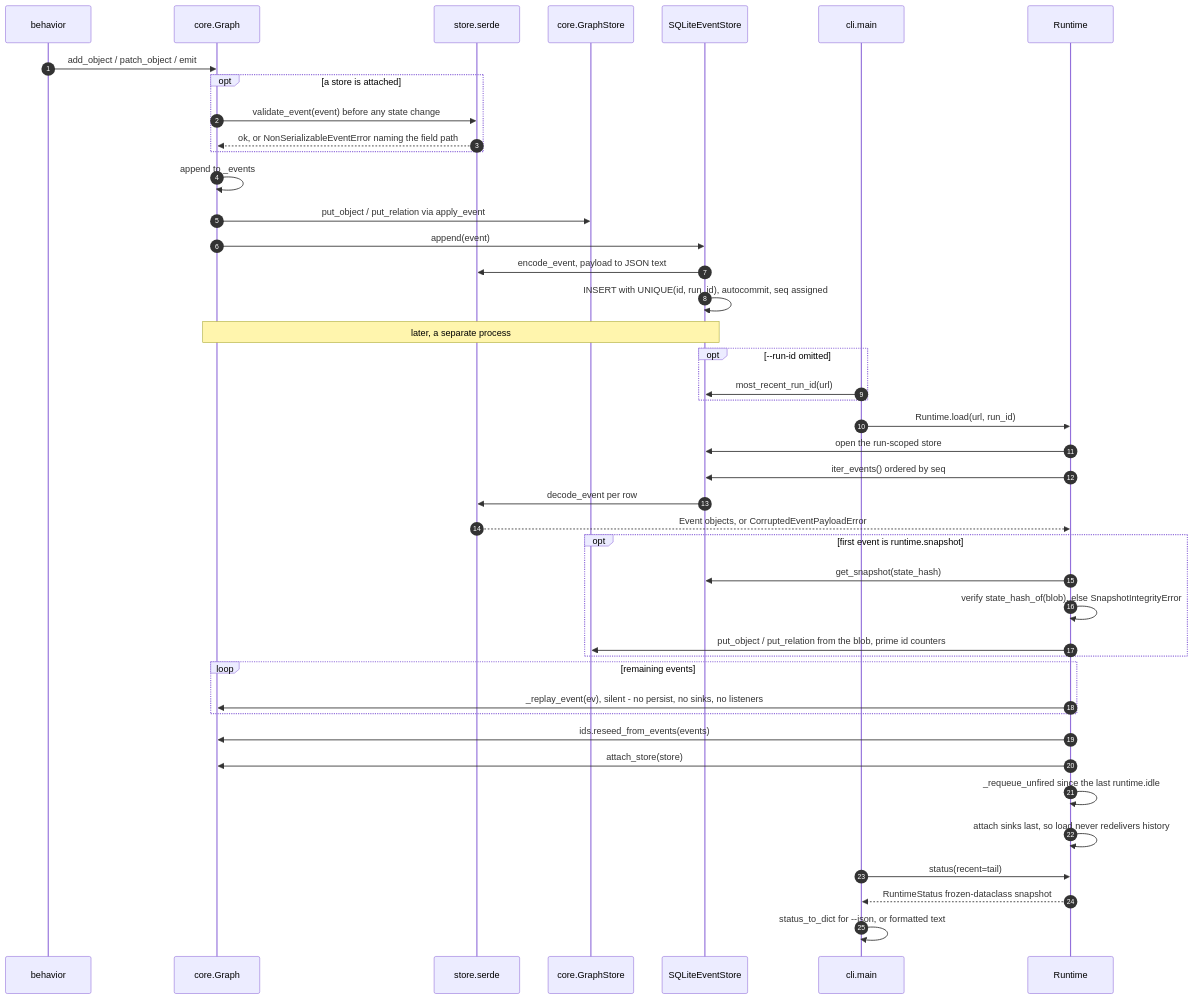
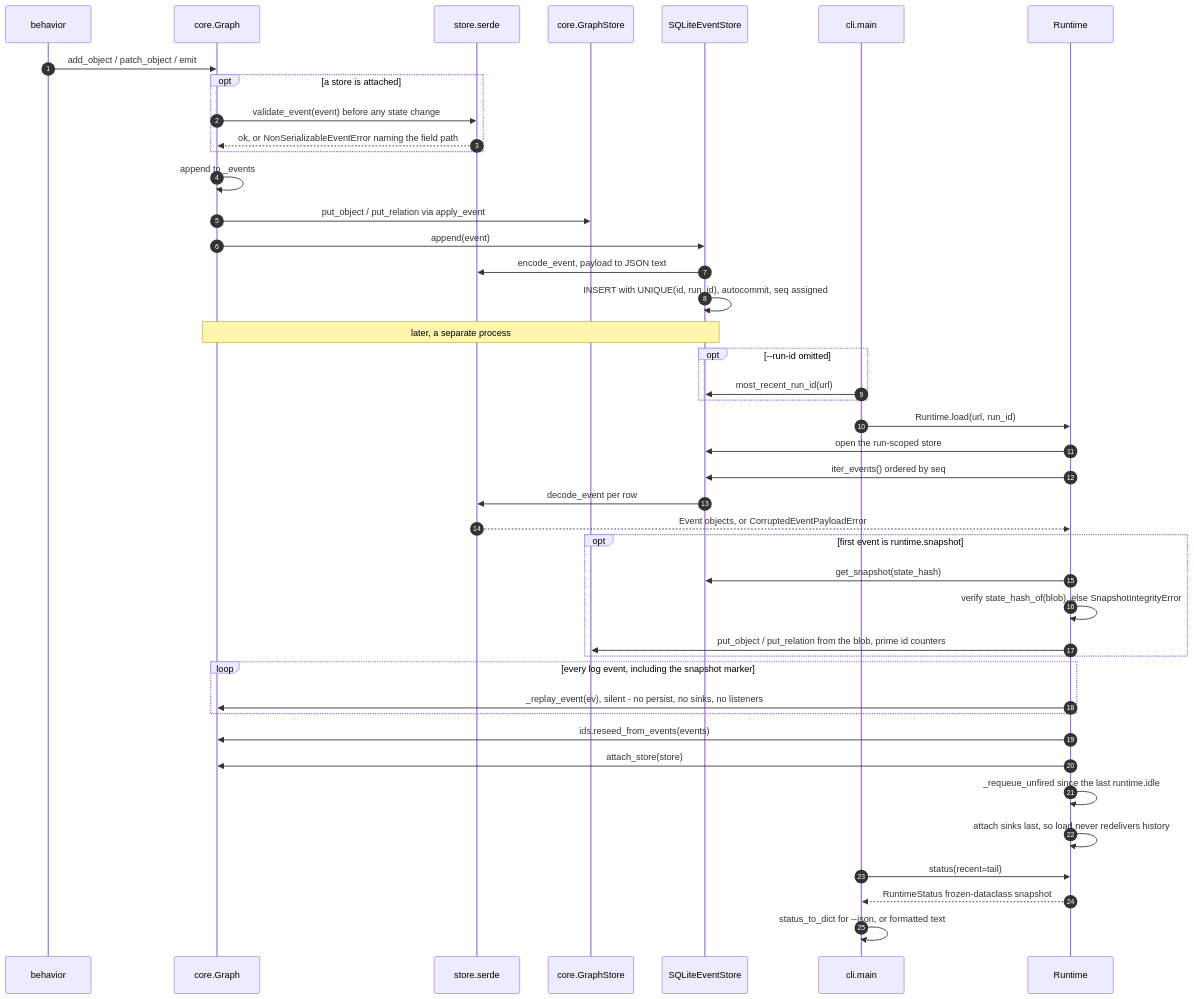
One commit to tha-hammer/silmari-activegraph changed the fourth of 6 diagrams in specs/11-sequence-diagrams.md. Above: the diagram before and after it, drawn with Mermaid. The commit also changed other lines of this file, not shown here.

Commit message:
docs(specs): tighten sequence boundary claims

````diff
--- a/specs/11-sequence-diagrams.md
+++ b/specs/11-sequence-diagrams.md
@@ -338,48 +338,48 @@
 ```mermaid
 sequenceDiagram
     autonumber
     participant B as behavior
     participant G as core.Graph
     participant SD as store.serde
     participant GS as core.GraphStore
     participant DB as SQLiteEventStore
 
     B->>G: add_object / patch_object / emit
     opt a store is attached
         G->>SD: validate_event(event) before any state change
         SD-->>G: ok, or NonSerializableEventError naming the field path
     end
     G->>G: append to _events
     G->>GS: put_object / put_relation via apply_event
     G->>DB: append(event)
     DB->>SD: encode_event, payload to JSON text
     DB->>DB: INSERT with UNIQUE(id, run_id), autocommit, seq assigned
 
     Note over G,DB: later, a separate process
 
     participant CLI as cli.main
     participant RT as Runtime
     opt --run-id omitted
         CLI->>DB: most_recent_run_id(url)
     end
     CLI->>RT: Runtime.load(url, run_id)
     RT->>DB: open the run-scoped store
     RT->>DB: iter_events() ordered by seq
     DB->>SD: decode_event per row
     SD-->>RT: Event objects, or CorruptedEventPayloadError
     opt first event is runtime.snapshot
         RT->>DB: get_snapshot(state_hash)
         RT->>RT: verify state_hash_of(blob), else SnapshotIntegrityError
         RT->>GS: put_object / put_relation from the blob, prime id counters
     end
-    loop remaining events
+    loop every log event, including the snapshot marker
         RT->>G: _replay_event(ev), silent - no persist, no sinks, no listeners
     end
     RT->>G: ids.reseed_from_events(events)
     RT->>G: attach_store(store)
     RT->>RT: _requeue_unfired since the last runtime.idle
     RT->>RT: attach sinks last, so load never redelivers history
     CLI->>RT: status(recent=tail)
     RT-->>CLI: RuntimeStatus frozen-dataclass snapshot
     CLI->>CLI: status_to_dict for --json, or formatted text
 ```
````
